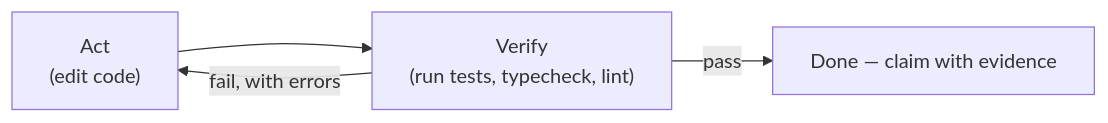
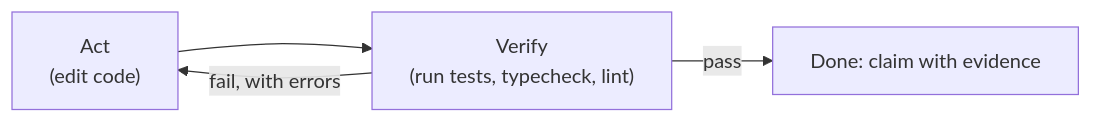
Before and after one commit to babushkai/system-design-patterns: the fourth of 4 diagrams in 17-llm-systems/01-agent-fundamentals.md, drawn with Mermaid. The commit also changed other lines of this file and 149 other files, not shown here.

````diff
--- a/17-llm-systems/01-agent-fundamentals.md
+++ b/17-llm-systems/01-agent-fundamentals.md
@@ -151,6 +151,6 @@
 ```mermaid
 graph LR
     ACT["Act<br/>(edit code)"] --> VERIFY["Verify<br/>(run tests, typecheck, lint)"]
     VERIFY -->|fail, with errors| ACT
-    VERIFY -->|pass| DONE["Done — claim with evidence"]
+    VERIFY -->|pass| DONE["Done: claim with evidence"]
 ```
````
